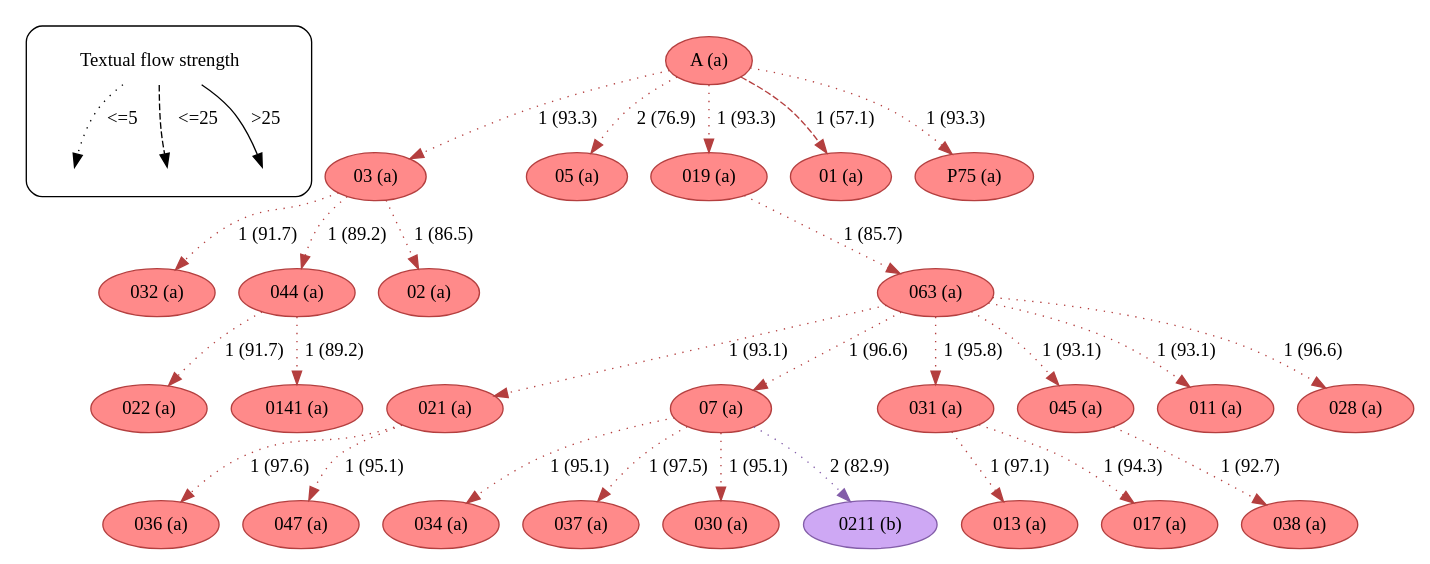
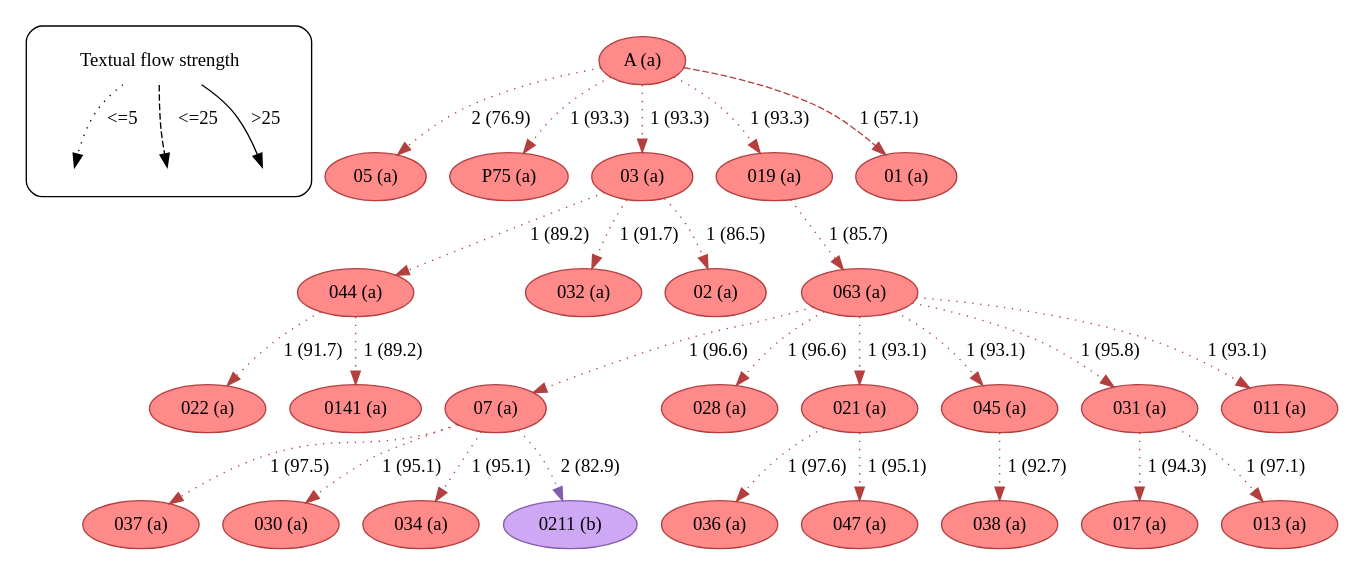
One commit to edmondac/CBGM changed the diagram in example/c499/textual_flow_22_3_c499.dot. Above: the diagram before and after it, drawn with Graphviz. The commit also changed other lines of this file and 163 other files, not shown here.

```diff
--- a/example/c499/textual_flow_22_3_c499.dot
+++ b/example/c499/textual_flow_22_3_c499.dot
@@ -23,59 +23,90 @@
 		leg_s -> leg_e3		 [label=">25",
 			style=solid];
 	}
-	021	 [color="#b43f3f",
+	A	 [color="#b43f3f",
 		fillcolor="#FF8A8A",
-		label="021 (a)",
+		label="A (a)",
 		style=filled];
-	036	 [color="#b43f3f",
+	05	 [color="#b43f3f",
 		fillcolor="#FF8A8A",
-		label="036 (a)",
+		label="05 (a)",
 		style=filled];
-	021 -> 036	 [color="#b43f3f",
-		label="1 (97.6)",
+	A -> 05	 [color="#b43f3f",
+		label="2 (76.9)",
 		style=dotted];
-	047	 [color="#b43f3f",
+	P75	 [color="#b43f3f",
 		fillcolor="#FF8A8A",
-		label="047 (a)",
+		label="P75 (a)",
 		style=filled];
-	021 -> 047	 [color="#b43f3f",
-		label="1 (95.1)",
+	A -> P75	 [color="#b43f3f",
+		label="1 (93.3)",
 		style=dotted];
 	03	 [color="#b43f3f",
 		fillcolor="#FF8A8A",
 		label="03 (a)",
 		style=filled];
-	032	 [color="#b43f3f",
+	A -> 03	 [color="#b43f3f",
+		label="1 (93.3)",
+		style=dotted];
+	019	 [color="#b43f3f",
 		fillcolor="#FF8A8A",
-		label="032 (a)",
+		label="019 (a)",
 		style=filled];
-	03 -> 032	 [color="#b43f3f",
-		label="1 (91.7)",
+	A -> 019	 [color="#b43f3f",
+		label="1 (93.3)",
 		style=dotted];
-	044	 [color="#b43f3f",
+	01	 [color="#b43f3f",
 		fillcolor="#FF8A8A",
-		label="044 (a)",
+		label="01 (a)",
 		style=filled];
-	03 -> 044	 [color="#b43f3f",
-		label="1 (89.2)",
-		style=dotted];
-	02	 [color="#b43f3f",
+	A -> 01	 [color="#b43f3f",
+		label="1 (57.1)",
+		style=dashed];
+	063	 [color="#b43f3f",
 		fillcolor="#FF8A8A",
-		label="02 (a)",
+		label="063 (a)",
 		style=filled];
-	03 -> 02	 [color="#b43f3f",
-		label="1 (86.5)",
-		style=dotted];
 	07	 [color="#b43f3f",
 		fillcolor="#FF8A8A",
 		label="07 (a)",
 		style=filled];
-	034	 [color="#b43f3f",
+	063 -> 07	 [color="#b43f3f",
+		label="1 (96.6)",
+		style=dotted];
+	028	 [color="#b43f3f",
 		fillcolor="#FF8A8A",
-		label="034 (a)",
+		label="028 (a)",
 		style=filled];
-	07 -> 034	 [color="#b43f3f",
-		label="1 (95.1)",
+	063 -> 028	 [color="#b43f3f",
+		label="1 (96.6)",
+		style=dotted];
+	021	 [color="#b43f3f",
+		fillcolor="#FF8A8A",
+		label="021 (a)",
+		style=filled];
+	063 -> 021	 [color="#b43f3f",
+		label="1 (93.1)",
+		style=dotted];
+	045	 [color="#b43f3f",
+		fillcolor="#FF8A8A",
+		label="045 (a)",
+		style=filled];
+	063 -> 045	 [color="#b43f3f",
+		label="1 (93.1)",
+		style=dotted];
+	031	 [color="#b43f3f",
+		fillcolor="#FF8A8A",
+		label="031 (a)",
+		style=filled];
+	063 -> 031	 [color="#b43f3f",
+		label="1 (95.8)",
+		style=dotted];
+	011	 [color="#b43f3f",
+		fillcolor="#FF8A8A",
+		label="011 (a)",
+		style=filled];
+	063 -> 011	 [color="#b43f3f",
+		label="1 (93.1)",
 		style=dotted];
 	037	 [color="#b43f3f",
 		fillcolor="#FF8A8A",
@@ -91,6 +122,13 @@
 	07 -> 030	 [color="#b43f3f",
 		label="1 (95.1)",
 		style=dotted];
+	034	 [color="#b43f3f",
+		fillcolor="#FF8A8A",
+		label="034 (a)",
+		style=filled];
+	07 -> 034	 [color="#b43f3f",
+		label="1 (95.1)",
+		style=dotted];
 	0211	 [color="#835da9",
 		fillcolor="#CEA8F4",
 		label="0211 (b)",
@@ -98,102 +136,40 @@
 	07 -> 0211	 [color="#835da9",
 		label="2 (82.9)",
 		style=dotted];
-	031	 [color="#b43f3f",
+	036	 [color="#b43f3f",
 		fillcolor="#FF8A8A",
-		label="031 (a)",
+		label="036 (a)",
 		style=filled];
-	013	 [color="#b43f3f",
+	021 -> 036	 [color="#b43f3f",
+		label="1 (97.6)",
+		style=dotted];
+	047	 [color="#b43f3f",
 		fillcolor="#FF8A8A",
-		label="013 (a)",
+		label="047 (a)",
 		style=filled];
-	031 -> 013	 [color="#b43f3f",
-		label="1 (97.1)",
+	021 -> 047	 [color="#b43f3f",
+		label="1 (95.1)",
 		style=dotted];
-	017	 [color="#b43f3f",
+	044	 [color="#b43f3f",
 		fillcolor="#FF8A8A",
-		label="017 (a)",
+		label="044 (a)",
 		style=filled];
-	031 -> 017	 [color="#b43f3f",
-		label="1 (94.3)",
+	03 -> 044	 [color="#b43f3f",
+		label="1 (89.2)",
 		style=dotted];
-	063	 [color="#b43f3f",
+	032	 [color="#b43f3f",
 		fillcolor="#FF8A8A",
-		label="063 (a)",
+		label="032 (a)",
 		style=filled];
-	063 -> 021	 [color="#b43f3f",
-		label="1 (93.1)",
+	03 -> 032	 [color="#b43f3f",
+		label="1 (91.7)",
 		style=dotted];
-	063 -> 07	 [color="#b43f3f",
-		label="1 (96.6)",
-		style=dotted];
-	063 -> 031	 [color="#b43f3f",
-		label="1 (95.8)",
-		style=dotted];
-	045	 [color="#b43f3f",
+	02	 [color="#b43f3f",
 		fillcolor="#FF8A8A",
-		label="045 (a)",
+		label="02 (a)",
 		style=filled];
-	063 -> 045	 [color="#b43f3f",
-		label="1 (93.1)",
-		style=dotted];
-	011	 [color="#b43f3f",
-		fillcolor="#FF8A8A",
-		label="011 (a)",
-		style=filled];
-	063 -> 011	 [color="#b43f3f",
-		label="1 (93.1)",
-		style=dotted];
-	028	 [color="#b43f3f",
-		fillcolor="#FF8A8A",
-		label="028 (a)",
-		style=filled];
-	063 -> 028	 [color="#b43f3f",
-		label="1 (96.6)",
-		style=dotted];
-	038	 [color="#b43f3f",
-		fillcolor="#FF8A8A",
-		label="038 (a)",
-		style=filled];
-	045 -> 038	 [color="#b43f3f",
-		label="1 (92.7)",
-		style=dotted];
-	A	 [color="#b43f3f",
-		fillcolor="#FF8A8A",
-		label="A (a)",
-		style=filled];
-	A -> 03	 [color="#b43f3f",
-		label="1 (93.3)",
-		style=dotted];
-	05	 [color="#b43f3f",
-		fillcolor="#FF8A8A",
-		label="05 (a)",
-		style=filled];
-	A -> 05	 [color="#b43f3f",
-		label="2 (76.9)",
-		style=dotted];
-	019	 [color="#b43f3f",
-		fillcolor="#FF8A8A",
-		label="019 (a)",
-		style=filled];
-	A -> 019	 [color="#b43f3f",
-		label="1 (93.3)",
-		style=dotted];
-	01	 [color="#b43f3f",
-		fillcolor="#FF8A8A",
-		label="01 (a)",
-		style=filled];
-	A -> 01	 [color="#b43f3f",
-		label="1 (57.1)",
-		style=dashed];
-	P75	 [color="#b43f3f",
-		fillcolor="#FF8A8A",
-		label="P75 (a)",
-		style=filled];
-	A -> P75	 [color="#b43f3f",
-		label="1 (93.3)",
-		style=dotted];
-	019 -> 063	 [color="#b43f3f",
-		label="1 (85.7)",
+	03 -> 02	 [color="#b43f3f",
+		label="1 (86.5)",
 		style=dotted];
 	022	 [color="#b43f3f",
 		fillcolor="#FF8A8A",
@@ -209,4 +185,28 @@
 	044 -> 0141	 [color="#b43f3f",
 		label="1 (89.2)",
 		style=dotted];
+	019 -> 063	 [color="#b43f3f",
+		label="1 (85.7)",
+		style=dotted];
+	038	 [color="#b43f3f",
+		fillcolor="#FF8A8A",
+		label="038 (a)",
+		style=filled];
+	045 -> 038	 [color="#b43f3f",
+		label="1 (92.7)",
+		style=dotted];
+	017	 [color="#b43f3f",
+		fillcolor="#FF8A8A",
+		label="017 (a)",
+		style=filled];
+	031 -> 017	 [color="#b43f3f",
+		label="1 (94.3)",
+		style=dotted];
+	013	 [color="#b43f3f",
+		fillcolor="#FF8A8A",
+		label="013 (a)",
+		style=filled];
+	031 -> 013	 [color="#b43f3f",
+		label="1 (97.1)",
+		style=dotted];
 }
```
